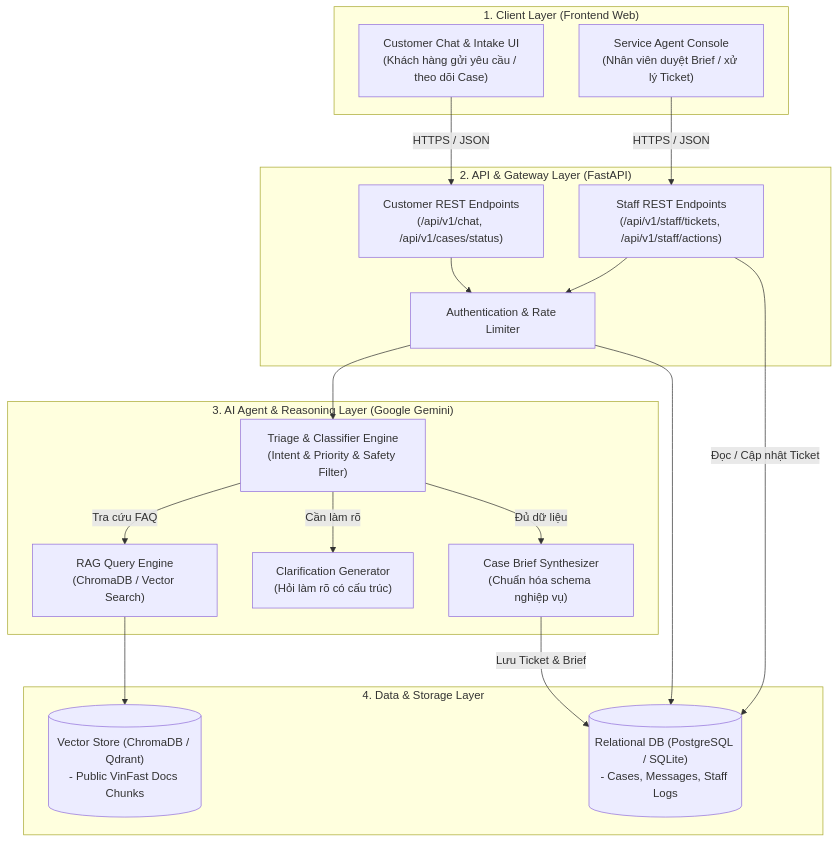
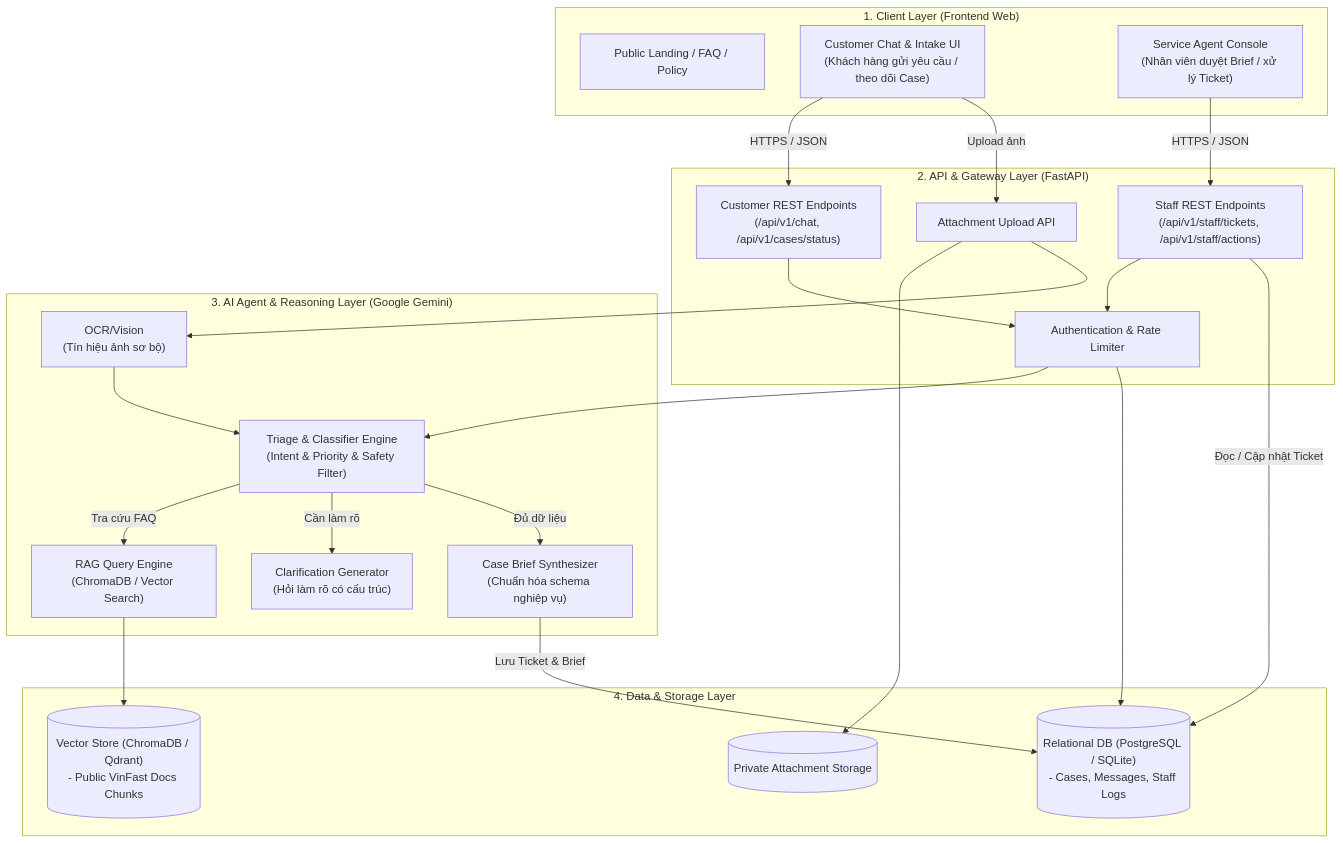
One commit to TheViet298/viet-ai changed the diagram in docs/architecture/system-overview.md. Above: the diagram before and after it, drawn with Mermaid. The commit also changed other lines of this file and 14 other files, not shown here.

Commit message:
docs: update architecture, design, and specifications

````diff
--- a/docs/architecture/system-overview.md
+++ b/docs/architecture/system-overview.md
@@ -11,43 +11,51 @@
 ```mermaid
 graph TD
     subgraph Client Layer ["1. Client Layer (Frontend Web)"]
+        PublicUI["Public Landing / FAQ / Policy"]
         CustomerUI["Customer Chat & Intake UI\n(Khách hàng gửi yêu cầu / theo dõi Case)"]
         StaffConsole["Service Agent Console\n(Nhân viên duyệt Brief / xử lý Ticket)"]
     end
 
     subgraph APILayer ["2. API & Gateway Layer (FastAPI)"]
         CustomerAPI["Customer REST Endpoints\n(/api/v1/chat, /api/v1/cases/status)"]
         StaffAPI["Staff REST Endpoints\n(/api/v1/staff/tickets, /api/v1/staff/actions)"]
         AuthMiddleware["Authentication & Rate Limiter"]
+        UploadAPI["Attachment Upload API"]
     end
 
     subgraph AgentLayer ["3. AI Agent & Reasoning Layer (Google Gemini)"]
         TriageEngine["Triage & Classifier Engine\n(Intent & Priority & Safety Filter)"]
+        VisionEngine["OCR/Vision\n(Tín hiệu ảnh sơ bộ)"]
         ClarificationEngine["Clarification Generator\n(Hỏi làm rõ có cấu trúc)"]
         BriefGenerator["Case Brief Synthesizer\n(Chuẩn hóa schema nghiệp vụ)"]
         RAGRouter["RAG Query Engine\n(ChromaDB / Vector Search)"]
     end
 
     subgraph DataLayer ["4. Data & Storage Layer"]
         PostgreSQL[("Relational DB (PostgreSQL / SQLite)\n- Cases, Messages, Staff Logs")]
+        AttachmentStore[("Private Attachment Storage")]
         VectorStore[("Vector Store (ChromaDB / Qdrant)\n- Public VinFast Docs Chunks")]
     end
 
     %% Connections
     CustomerUI -->|HTTPS / JSON| CustomerAPI
+    CustomerUI -->|Upload ảnh| UploadAPI
+    UploadAPI --> AttachmentStore
+    UploadAPI --> VisionEngine
     StaffConsole -->|HTTPS / JSON| StaffAPI
 
     CustomerAPI --> AuthMiddleware
     StaffAPI --> AuthMiddleware
 
     AuthMiddleware --> TriageEngine
+    VisionEngine --> TriageEngine
     AuthMiddleware --> PostgreSQL
 
     TriageEngine -->|Tra cứu FAQ| RAGRouter
     RAGRouter --> VectorStore
     TriageEngine -->|Cần làm rõ| ClarificationEngine
     TriageEngine -->|Đủ dữ liệu| BriefGenerator
 
     BriefGenerator -->|Lưu Ticket & Brief| PostgreSQL
     StaffAPI -->|Đọc / Cập nhật Ticket| PostgreSQL
 ```
````
